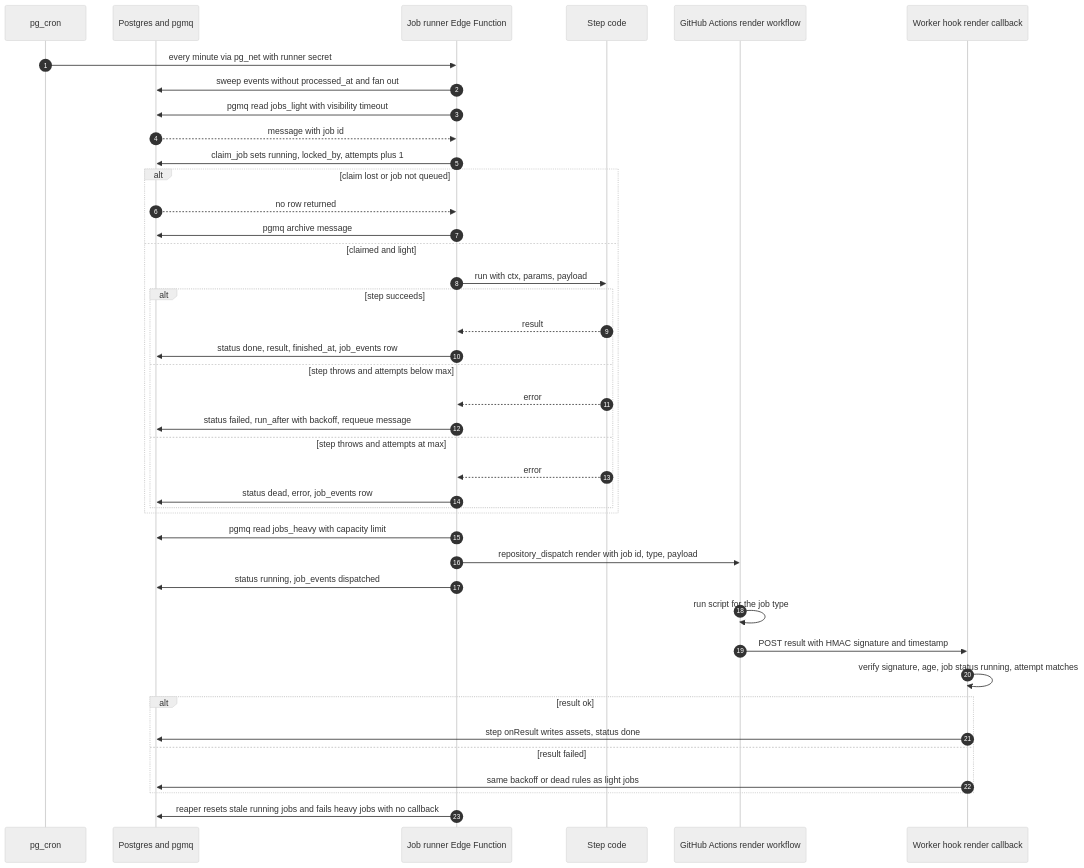
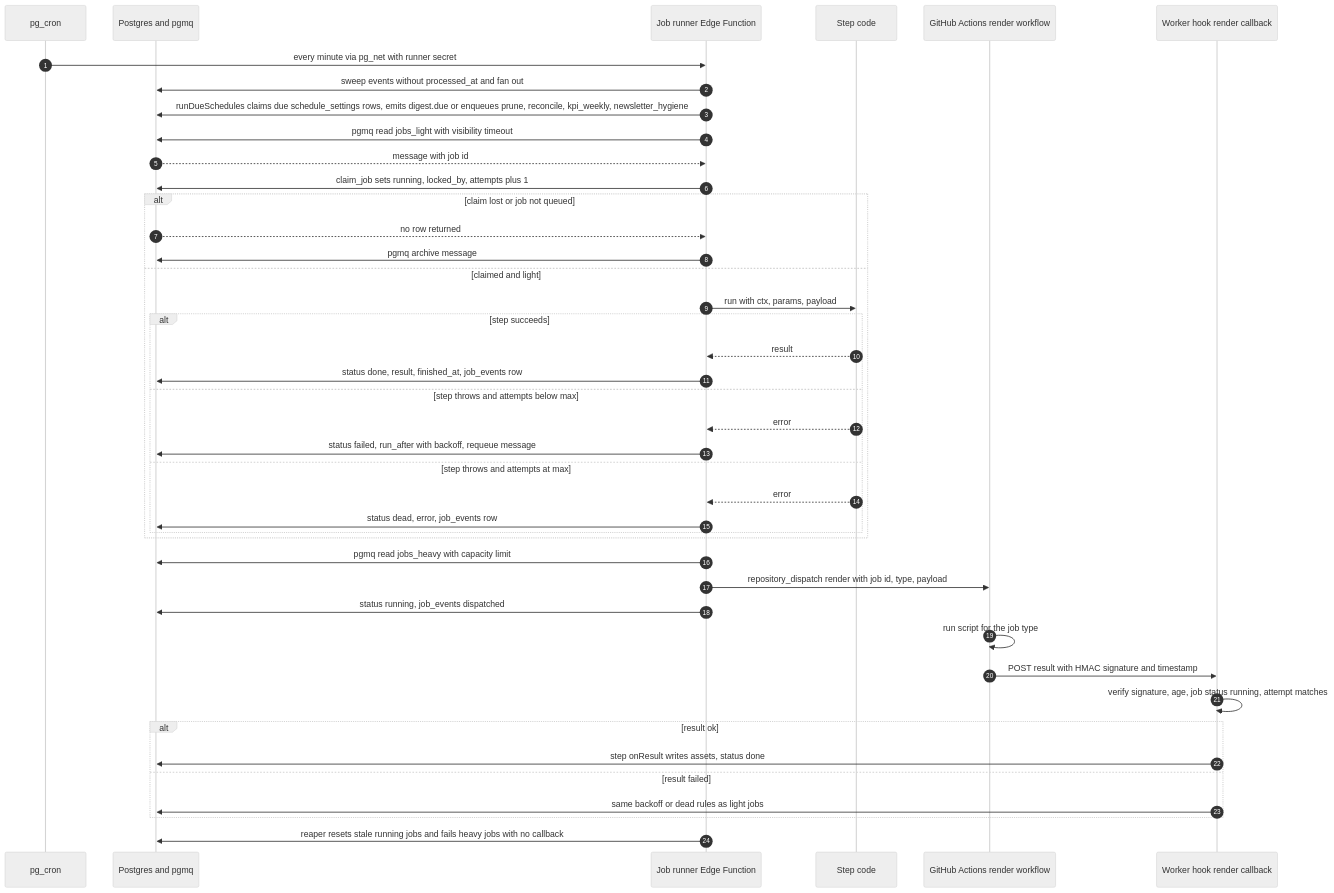
One commit to AbdulrahmanAmer/matter-of-place changed the second of 3 diagrams in workspace/03-diagrams/plans-b.md. Above: the diagram before and after it, drawn with Mermaid (neutral theme). The commit also changed other lines of this file and 104 other files, not shown here.

First line of the commit message:
Traceability audit rounds 5 and 6; diagrams brought in line with the plans; rulings G58 to G65

````diff
--- a/workspace/03-diagrams/plans-b.md
+++ b/workspace/03-diagrams/plans-b.md
@@ -54,43 +54,44 @@
 ```mermaid
 sequenceDiagram
   autonumber
   participant CR as pg_cron
   participant PG as Postgres and pgmq
   participant RN as Job runner Edge Function
   participant ST as Step code
   participant GH as GitHub Actions render workflow
   participant WK as Worker hook render callback
   CR->>RN: every minute via pg_net with runner secret
   RN->>PG: sweep events without processed_at and fan out
+  RN->>PG: runDueSchedules claims due schedule_settings rows, emits digest.due or enqueues prune, reconcile, kpi_weekly, newsletter_hygiene
   RN->>PG: pgmq read jobs_light with visibility timeout
   PG-->>RN: message with job id
   RN->>PG: claim_job sets running, locked_by, attempts plus 1
   alt claim lost or job not queued
     PG-->>RN: no row returned
     RN->>PG: pgmq archive message
   else claimed and light
     RN->>ST: run with ctx, params, payload
     alt step succeeds
       ST-->>RN: result
       RN->>PG: status done, result, finished_at, job_events row
     else step throws and attempts below max
       ST-->>RN: error
       RN->>PG: status failed, run_after with backoff, requeue message
     else step throws and attempts at max
       ST-->>RN: error
       RN->>PG: status dead, error, job_events row
     end
   end
   RN->>PG: pgmq read jobs_heavy with capacity limit
   RN->>GH: repository_dispatch render with job id, type, payload
   RN->>PG: status running, job_events dispatched
   GH->>GH: run script for the job type
   GH->>WK: POST result with HMAC signature and timestamp
   WK->>WK: verify signature, age, job status running, attempt matches
   alt result ok
     WK->>PG: step onResult writes assets, status done
   else result failed
     WK->>PG: same backoff or dead rules as light jobs
   end
   RN->>PG: reaper resets stale running jobs and fails heavy jobs with no callback
 ```
````
